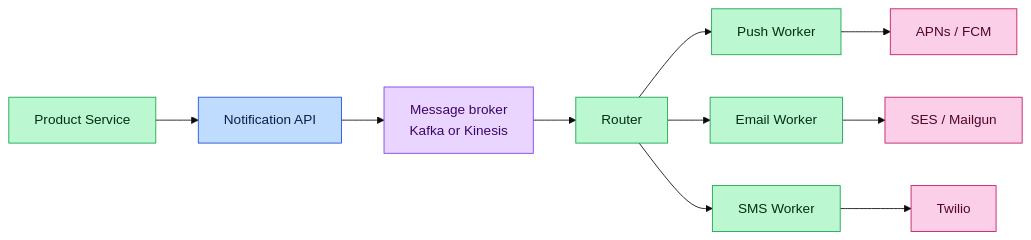
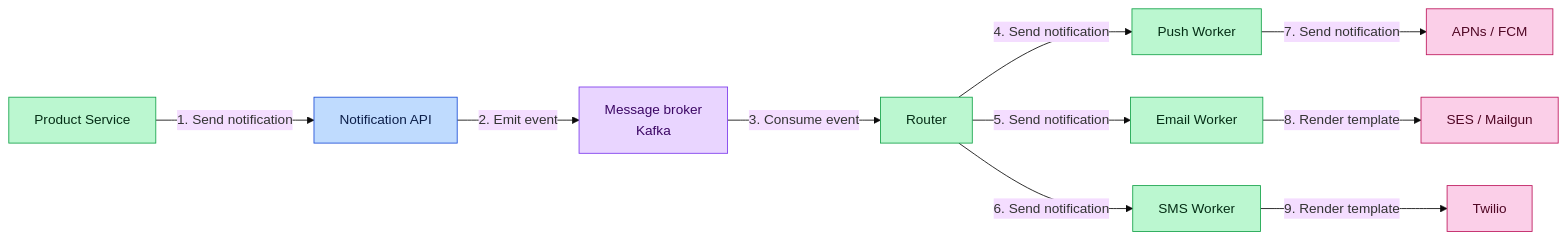
The third of 16 diagrams in content/hld/NotificationSystem.md (iluzn/HLD-Designs), drawn with Mermaid (base theme) before and after one commit. The commit also changed other lines of this file and 27 other files, not shown here.

````diff
--- a/content/hld/NotificationSystem.md
+++ b/content/hld/NotificationSystem.md
@@ -323,28 +323,28 @@
 ```mermaid
 flowchart LR
     APP["Product Service"]:::service
     API["Notification API"]:::edge
-    Q["Message broker<br/>Kafka or Kinesis"]:::async
+    Q["Message broker<br/>Kafka"]:::async
     ROUTE["Router"]:::service
     PUSH["Push Worker"]:::service
     EMAIL["Email Worker"]:::service
     SMS["SMS Worker"]:::service
     APNS["APNs / FCM"]:::external
     SES["SES / Mailgun"]:::external
     TWIL["Twilio"]:::external
 
-    APP --> API
-    API --> Q
-    Q --> ROUTE
-    ROUTE --> PUSH
-    ROUTE --> EMAIL
-    ROUTE --> SMS
-    PUSH --> APNS
-    EMAIL --> SES
-    SMS --> TWIL
+    APP -->|"1. Send notification"| API
+    API -->|"2. Emit event"| Q
+    Q -->|"3. Consume event"| ROUTE
+    ROUTE -->|"4. Send notification"| PUSH
+    ROUTE -->|"5. Send notification"| EMAIL
+    ROUTE -->|"6. Send notification"| SMS
+    PUSH -->|"7. Send notification"| APNS
+    EMAIL -->|"8. Render template"| SES
+    SMS -->|"9. Render template"| TWIL
 
     classDef edge fill:#bfdbfe,stroke:#1d4ed8,color:#0c1f4a
     classDef service fill:#bbf7d0,stroke:#16a34a,color:#052e16
     classDef async fill:#e9d5ff,stroke:#7c3aed,color:#3b0764
     classDef external fill:#fbcfe8,stroke:#be185d,color:#500724
 ```
````
